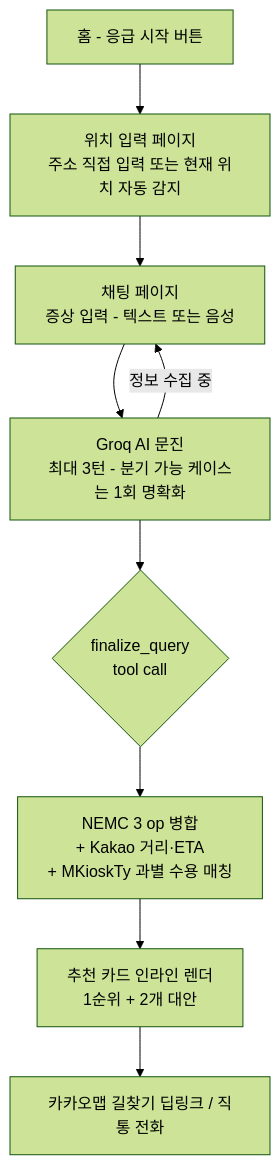
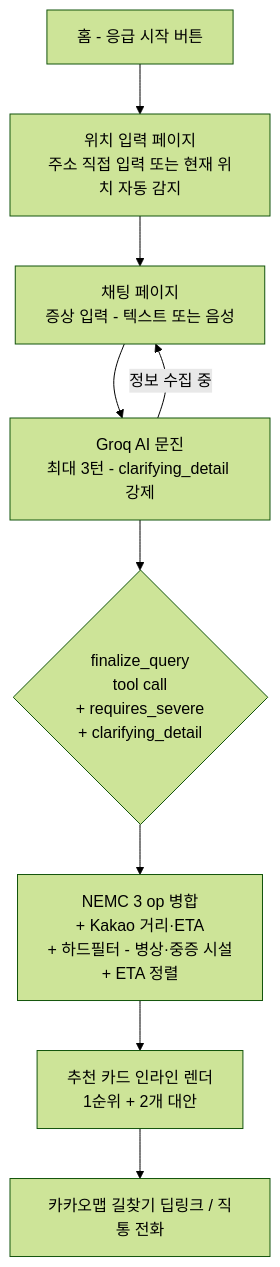
Before and after one commit to dev-ddongyun/golden-match: the first of 2 diagrams in README.md, drawn with Mermaid (forest theme). The commit also changed other lines of this file and 11 other files, not shown here.

First line of the commit message:
feat(match): hard-filter ranking with requires_severe + clarifying_detail

````diff
--- a/README.md
+++ b/README.md
@@ -9,15 +9,15 @@
 ```mermaid
 flowchart TD
     H[홈 - 응급 시작 버튼]
     L[위치 입력 페이지<br/>주소 직접 입력 또는 현재 위치 자동 감지]
     C1[채팅 페이지<br/>증상 입력 - 텍스트 또는 음성]
-    AI[Groq AI 문진<br/>최대 3턴 - 분기 가능 케이스는 1회 명확화]
-    T{finalize_query<br/>tool call}
-    M[NEMC 3 op 병합<br/>+ Kakao 거리·ETA<br/>+ MKioskTy 과별 수용 매칭]
+    AI[Groq AI 문진<br/>최대 3턴 - clarifying_detail 강제]
+    T{finalize_query<br/>tool call<br/>+ requires_severe<br/>+ clarifying_detail}
+    M[NEMC 3 op 병합<br/>+ Kakao 거리·ETA<br/>+ 하드필터 - 병상·중증 시설<br/>+ ETA 정렬]
     R[추천 카드 인라인 렌더<br/>1순위 + 2개 대안]
     K[카카오맵 길찾기 딥링크 / 직통 전화]
 
     H --> L --> C1 --> AI
     AI -->|정보 수집 중| C1
     AI --> T --> M --> R --> K
 ```
````
